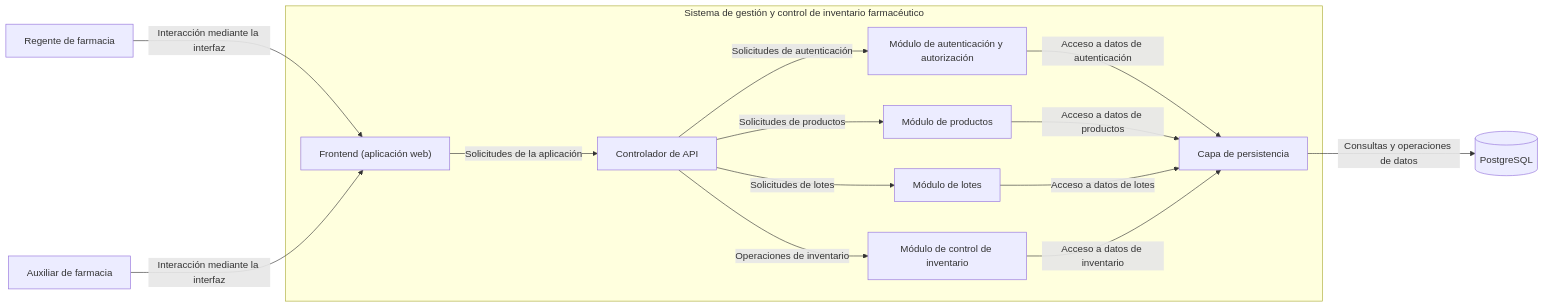
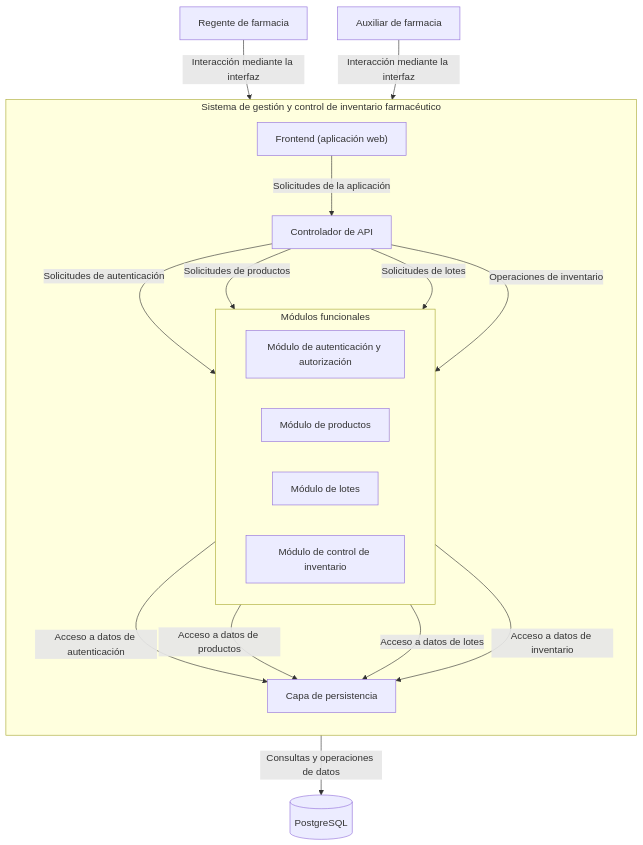
The second of 3 diagrams in docs/design/01_Architectural_and_Detailed_Design.md (anmorenol63/Ingesoft_t6), drawn with Mermaid before and after one commit.

Commit message:
Revise component diagram with functional modules
Updated the component diagram to include functional modules and corrected the flow direction.

````diff
--- a/docs/design/01_Architectural_and_Detailed_Design.md
+++ b/docs/design/01_Architectural_and_Detailed_Design.md
@@ -87,37 +87,42 @@
 ```mermaid
-flowchart LR
+flowchart TB
     R["Regente de farmacia"]
     A["Auxiliar de farmacia"]
 
     subgraph SYS["Sistema de gestión y control de inventario farmacéutico"]
+        direction TB
+
         FE["Frontend (aplicación web)"]
         API["Controlador de API"]
 
-        AUTH["Módulo de autenticación y autorización"]
-        PROD["Módulo de productos"]
-        LOT["Módulo de lotes"]
-        INV["Módulo de control de inventario"]
+        FE -->|"Solicitudes de la aplicación"| API
 
-        PERSIST["Capa de persistencia"]
-
-        FE -->|"Solicitudes de la aplicación"| API
+        subgraph MOD["Módulos funcionales"]
+            direction LR
+            AUTH["Módulo de autenticación y autorización"]
+            PROD["Módulo de productos"]
+            LOT["Módulo de lotes"]
+            INV["Módulo de control de inventario"]
+        end
 
         API -->|"Solicitudes de autenticación"| AUTH
         API -->|"Solicitudes de productos"| PROD
         API -->|"Solicitudes de lotes"| LOT
         API -->|"Operaciones de inventario"| INV
+
+        PERSIST["Capa de persistencia"]
 
         AUTH -->|"Acceso a datos de autenticación"| PERSIST
         PROD -->|"Acceso a datos de productos"| PERSIST
         LOT -->|"Acceso a datos de lotes"| PERSIST
         INV -->|"Acceso a datos de inventario"| PERSIST
     end
 
     DB[("PostgreSQL")]
 
     R -->|"Interacción mediante la interfaz"| FE
     A -->|"Interacción mediante la interfaz"| FE
 
     PERSIST -->|"Consultas y operaciones de datos"| DB
 
 ```
````
